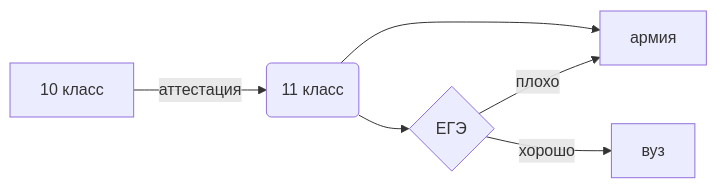
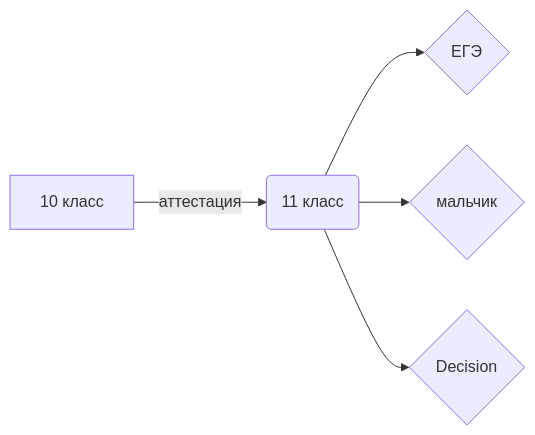
Before and after one commit to AndreDem135/FirstRepository: the diagram in README.md, drawn with Mermaid.

````diff
--- a/README.md
+++ b/README.md
@@ -52,9 +52,8 @@
 ```mermaid
 flowchart LR
 
 A[10 класс] -->|аттестация| B(11 класс)
 B --> C{ЕГЭ}
-B --> D{Decision}
-C -->|плохо| D[армия]
-C -->|хорошо| E[вуз]
+B --> D{мальчик}
+B --> E{Decision}
 ```
````
